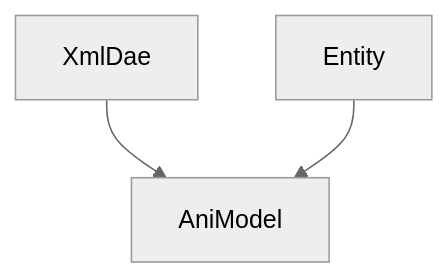
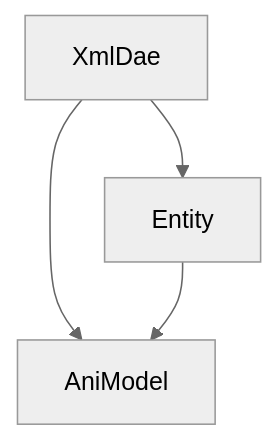
Before and after one commit to mekjh12/RiggedModel: the diagram in README.md, drawn with Mermaid (neutral theme).

````diff
--- a/README.md
+++ b/README.md
@@ -16,5 +16,6 @@
 ```mermaid
 graph TD;
     XmlDae-->AniModel;
+    XmlDae-->Entity;
     Entity-->AniModel;
 ```
````
